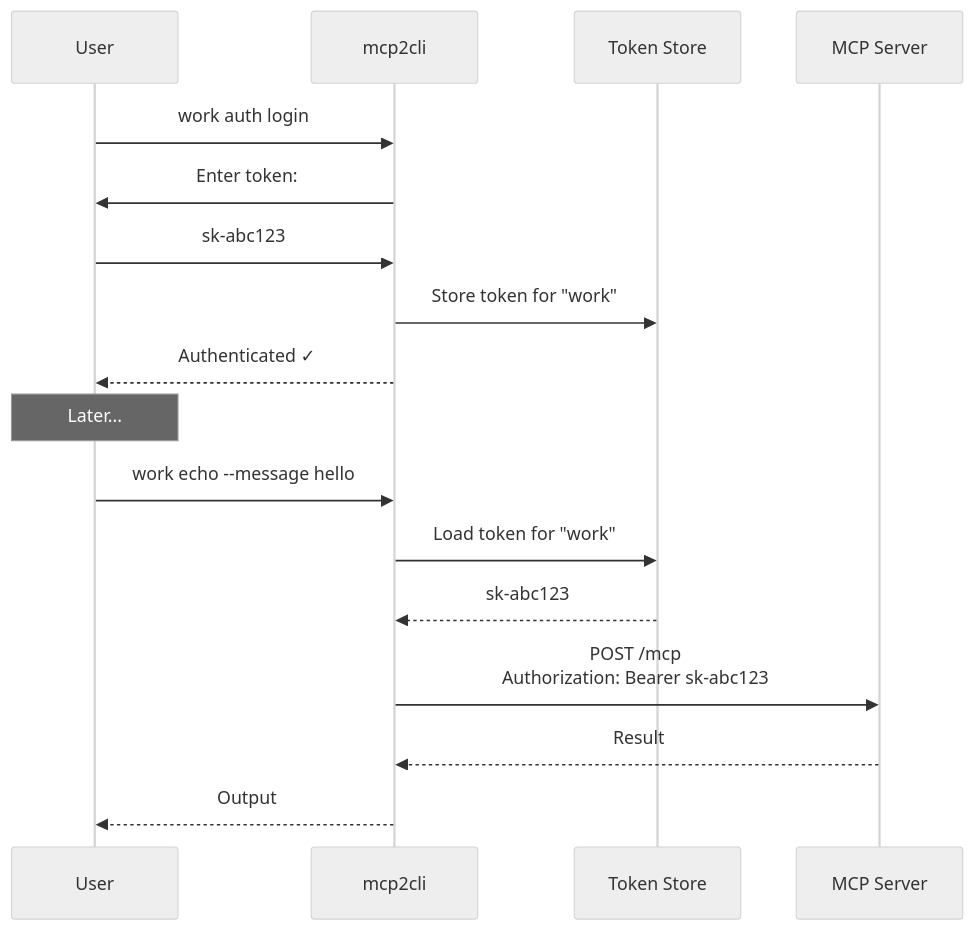
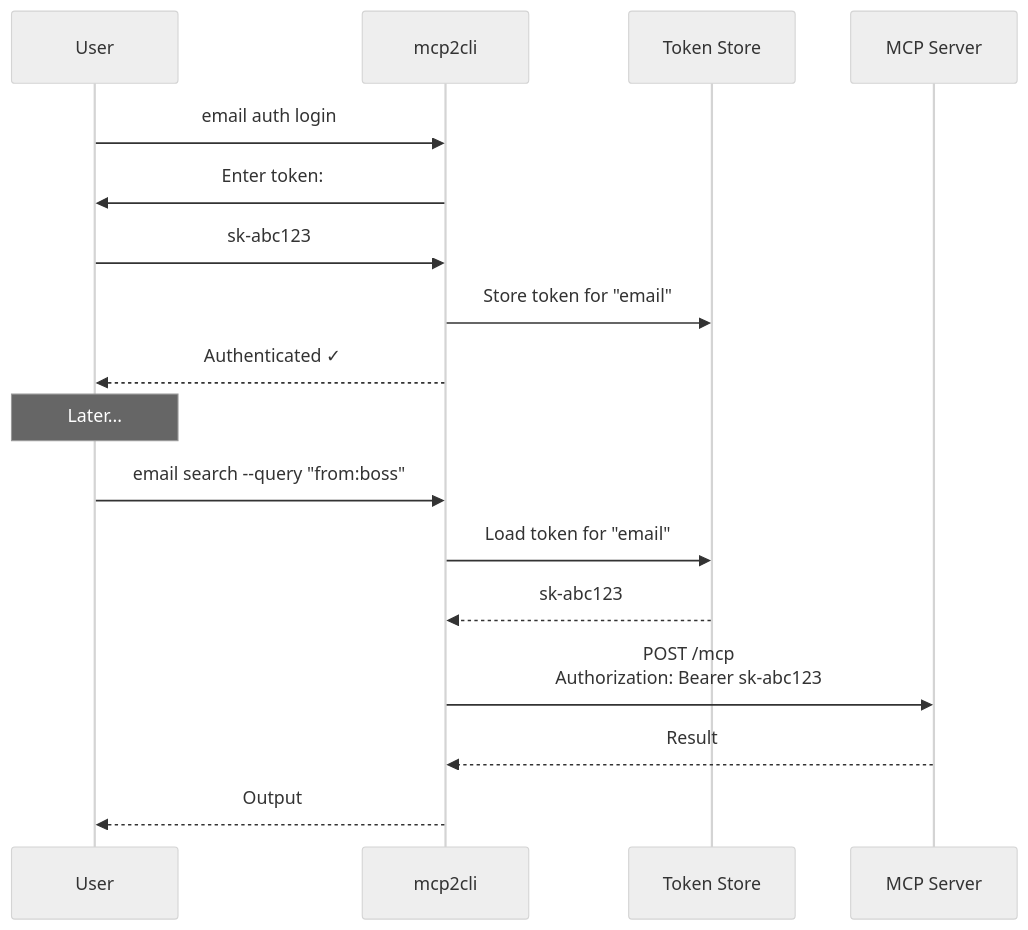
The diagram in docs/features/authentication.md (mcp2cli/source-code), drawn with Mermaid (neutral theme) before and after one commit. The commit also changed other lines of this file and 31 other files, not shown here.

````diff
--- a/docs/features/authentication.md
+++ b/docs/features/authentication.md
@@ -24,22 +52,22 @@
 ```mermaid
 sequenceDiagram
     participant User
     participant CLI as mcp2cli
     participant Store as Token Store
     participant Server as MCP Server
 
-    User->>CLI: work auth login
+    User->>CLI: email auth login
     CLI->>User: Enter token:
     User->>CLI: sk-abc123
-    CLI->>Store: Store token for "work"
+    CLI->>Store: Store token for "email"
     CLI-->>User: Authenticated ✓
 
     Note over User: Later...
 
-    User->>CLI: work echo --message hello
-    CLI->>Store: Load token for "work"
+    User->>CLI: email search --query "from:boss"
+    CLI->>Store: Load token for "email"
     Store-->>CLI: sk-abc123
     CLI->>Server: POST /mcp<br/>Authorization: Bearer sk-abc123
     Server-->>CLI: Result
     CLI-->>User: Output
 ```
````
